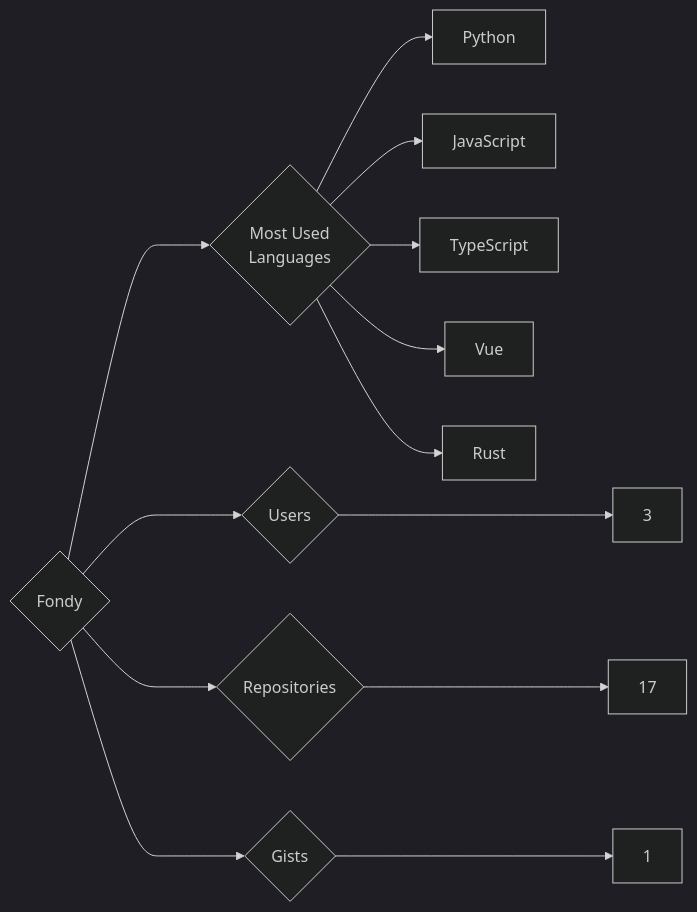
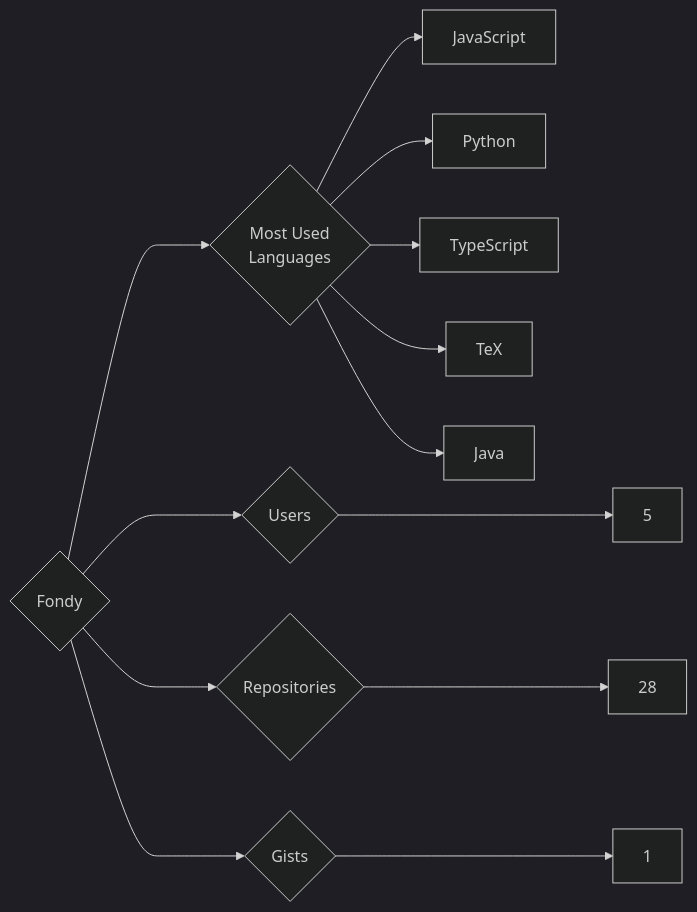
The diagram in targets/Fondy/README.md (trickest/insiders), drawn with Mermaid (dark theme) before and after one commit. The commit also changed 1149 other files, not shown here.

````diff
--- a/targets/Fondy/README.md
+++ b/targets/Fondy/README.md
@@ -3,13 +3,13 @@
 ```mermaid
 graph LR
 COMPANY_NAME{Fondy}
-COMPANY_NAME ---> U{Users} ---> UN[3]
-COMPANY_NAME ---> R{Repositories} ---> RN[17]
+COMPANY_NAME ---> U{Users} ---> UN[5]
+COMPANY_NAME ---> R{Repositories} ---> RN[28]
 COMPANY_NAME ---> G{Gists} ---> GN[1]
 COMPANY_NAME ---> ML{Most Used<br>Languages}
+ML --> JavaScript[JavaScript]
 ML --> Python[Python]
-ML --> JavaScript[JavaScript]
 ML --> TypeScript[TypeScript]
-ML --> Vue[Vue]
-ML --> Rust[Rust]
+ML --> TeX[TeX]
+ML --> Java[Java]
 ```
````
